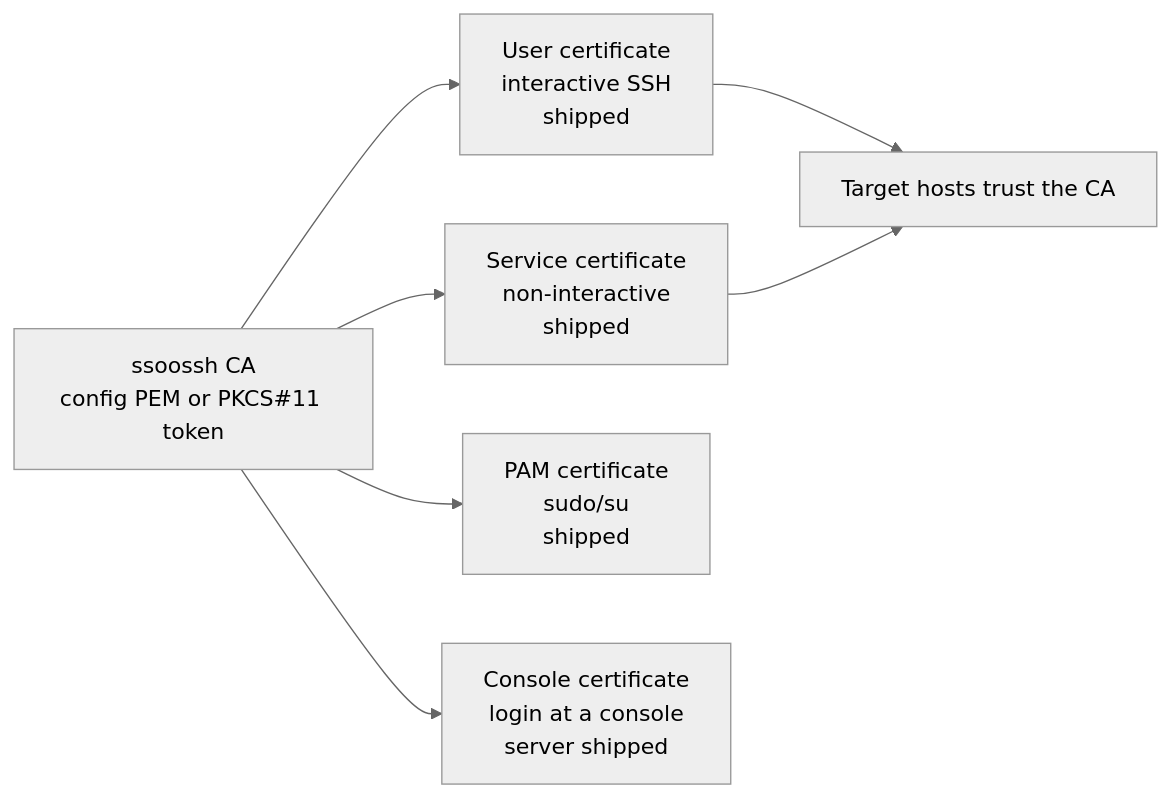
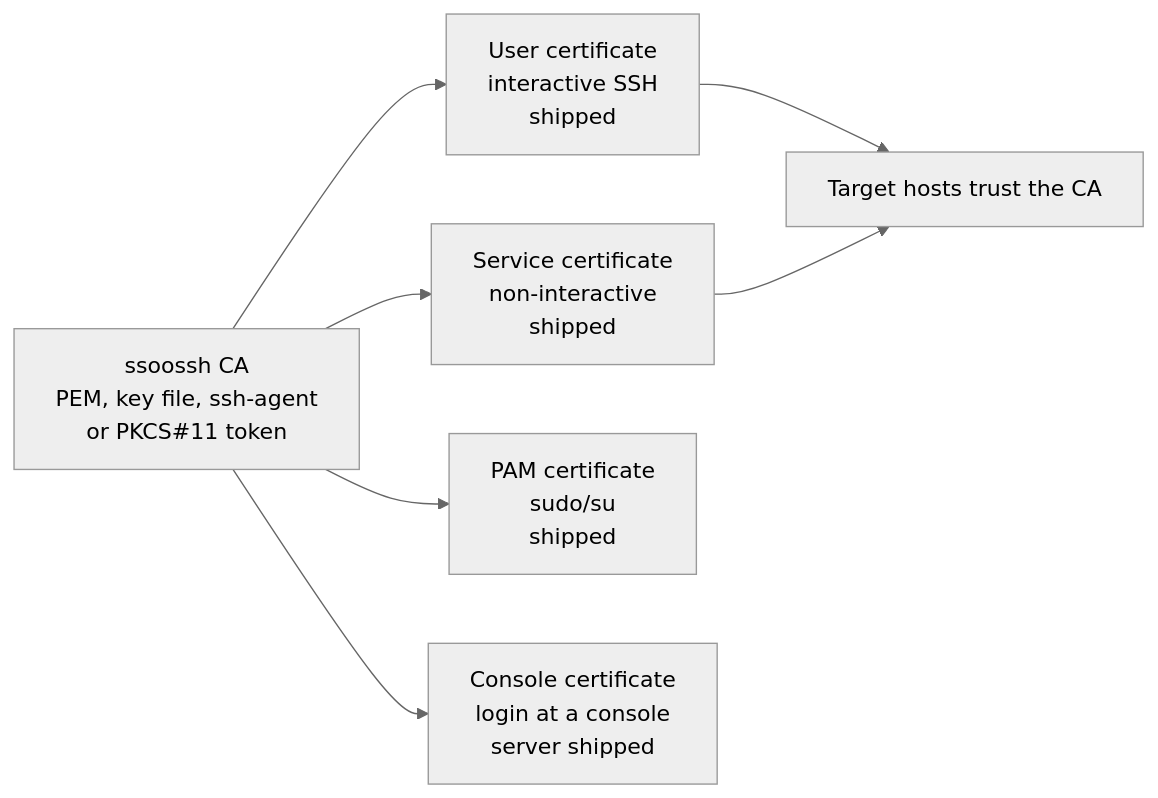
Before and after one commit to mnestor/ssoossh: the diagram in user-docs/src/content/docs/concepts/index.md, drawn with Mermaid (neutral theme). The commit also changed other lines of this file and 15 other files, not shown here.

````diff
--- a/user-docs/src/content/docs/concepts/index.md
+++ b/user-docs/src/content/docs/concepts/index.md
@@ -100,19 +103,20 @@
 ```mermaid
 flowchart LR
     accTitle: The four certificate types and what trusts them
     accDescr {
-      One CA, held by ssoosshd either as a PEM in configuration or on a
-      PKCS#11 token, issues four kinds of certificate: user certificates for
+      One CA, held by ssoosshd as a PEM in configuration or a key file, or
+      kept in an ssh-agent or on a PKCS#11 token, issues four kinds of
+      certificate: user certificates for
       interactive SSH, service certificates for non-interactive jobs, PAM
       certificates for sudo and su, and console certificates for logging in at
       a machine with no browser. User and service certificates are presented
       to target hosts, which trust the same CA.
     }
-    CA["ssoossh CA<br/>config PEM or PKCS#11 token"]
+    CA["ssoossh CA<br/>PEM, key file, ssh-agent<br/>or PKCS#11 token"]
     CA --> U["User certificate<br/>interactive SSH<br/>shipped"]
     CA --> S["Service certificate<br/>non-interactive<br/>shipped"]
     CA --> P["PAM certificate<br/>sudo/su<br/>shipped"]
     CA --> C["Console certificate<br/>login at a console<br/>server shipped"]
     U --> T["Target hosts trust the CA"]
     S --> T
 ```
````
